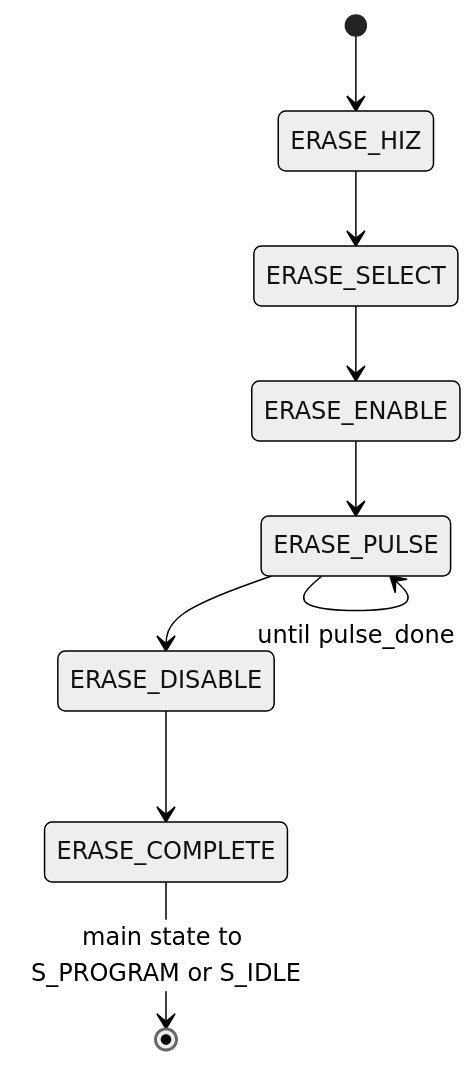
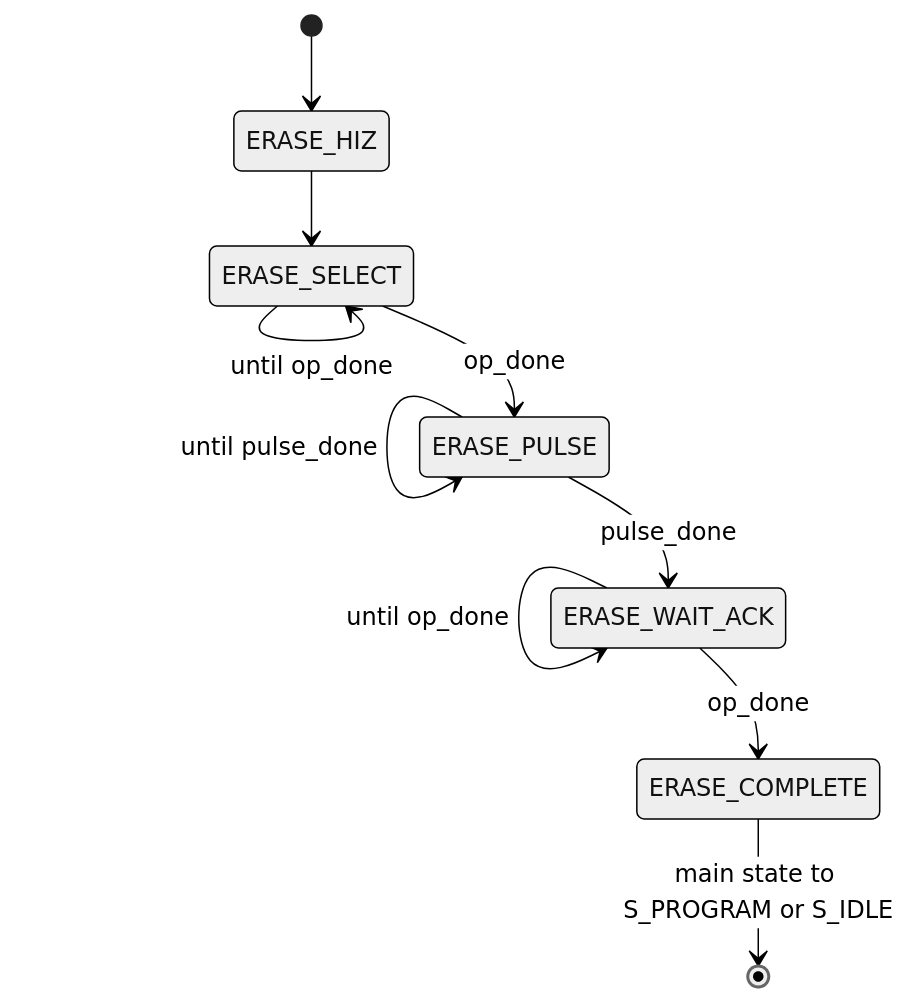
The fourth of 4 diagrams in docs/meeting_prep/CONTROLLER_OPERATIONS_DIAGRAM.md (muhammad3mar/ann-accelerator-controller), drawn with Mermaid (neutral theme) before and after one commit. The commit also changed other lines of this file and 26 other files, not shown here.

````diff
--- a/docs/meeting_prep/CONTROLLER_OPERATIONS_DIAGRAM.md
+++ b/docs/meeting_prep/CONTROLLER_OPERATIONS_DIAGRAM.md
@@ -107,11 +111,12 @@
 ```mermaid
 stateDiagram-v2
   [*] --> ERASE_HIZ
   ERASE_HIZ --> ERASE_SELECT
-  ERASE_SELECT --> ERASE_ENABLE
-  ERASE_ENABLE --> ERASE_PULSE
+  ERASE_SELECT --> ERASE_SELECT: until op_done
+  ERASE_SELECT --> ERASE_PULSE: op_done
   ERASE_PULSE --> ERASE_PULSE: until pulse_done
-  ERASE_PULSE --> ERASE_DISABLE
-  ERASE_DISABLE --> ERASE_COMPLETE
+  ERASE_PULSE --> ERASE_WAIT_ACK: pulse_done
+  ERASE_WAIT_ACK --> ERASE_WAIT_ACK: until op_done
+  ERASE_WAIT_ACK --> ERASE_COMPLETE: op_done
   ERASE_COMPLETE --> [*]: main state to S_PROGRAM or S_IDLE
 ```
````
